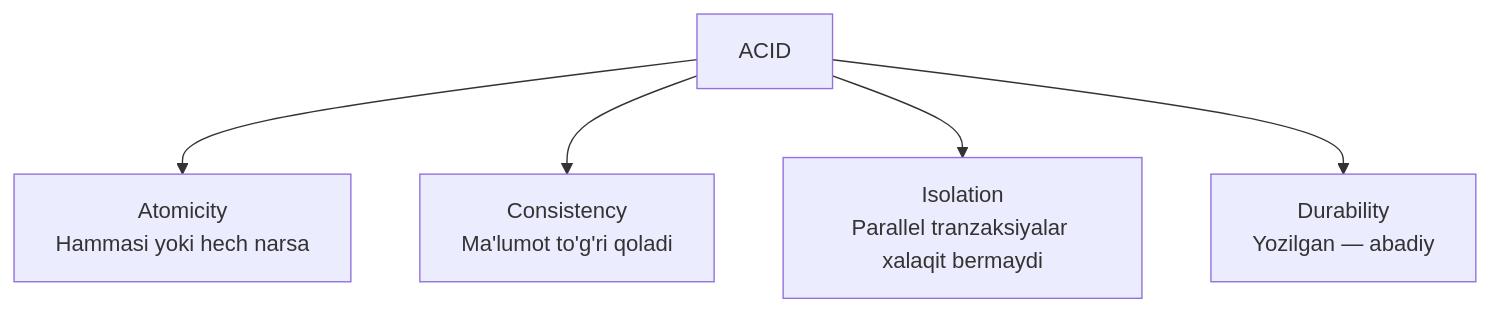
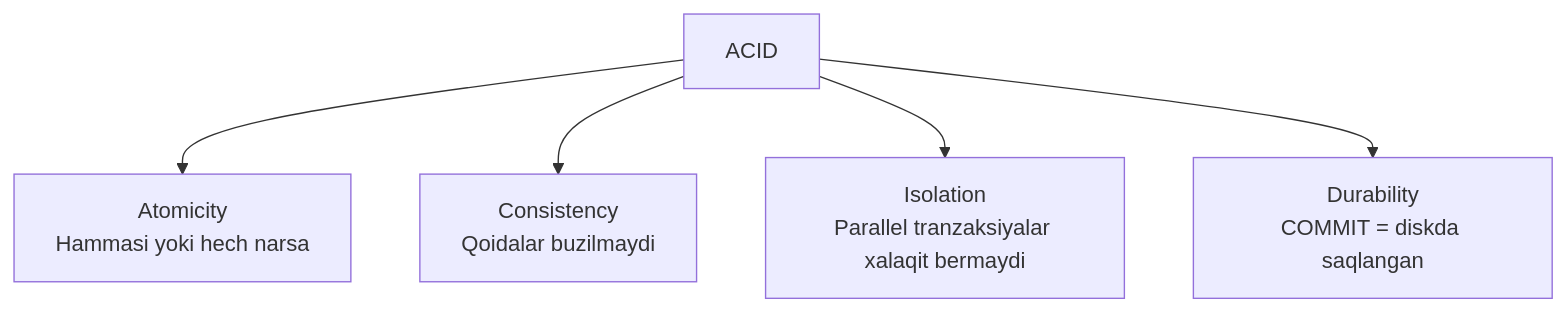
Before and after one commit to Otajonoov/dev: the second of 6 diagrams in System Design/2. Ma'lumotlar Saqlash/1. SQL vs NoSQL.md, drawn with Mermaid. The commit also changed other lines of this file and 240 other files, not shown here.

````diff
--- a/System Design/2. Ma'lumotlar Saqlash/1. SQL vs NoSQL.md
+++ b/System Design/2. Ma'lumotlar Saqlash/1. SQL vs NoSQL.md
@@ -33,7 +51,7 @@
 ```mermaid
 graph TD
-    ACID --> A[Atomicity\nHammasi yoki hech narsa]
-    ACID --> C[Consistency\nMa'lumot to'g'ri qoladi]
-    ACID --> I[Isolation\nParallel tranzaksiyalar xalaqit bermaydi]
-    ACID --> D[Durability\nYozilgan — abadiy]
+    ACID --> A["Atomicity<br/>Hammasi yoki hech narsa"]
+    ACID --> C["Consistency<br/>Qoidalar buzilmaydi"]
+    ACID --> I["Isolation<br/>Parallel tranzaksiyalar xalaqit bermaydi"]
+    ACID --> D["Durability<br/>COMMIT = diskda saqlangan"]
 ```
````
